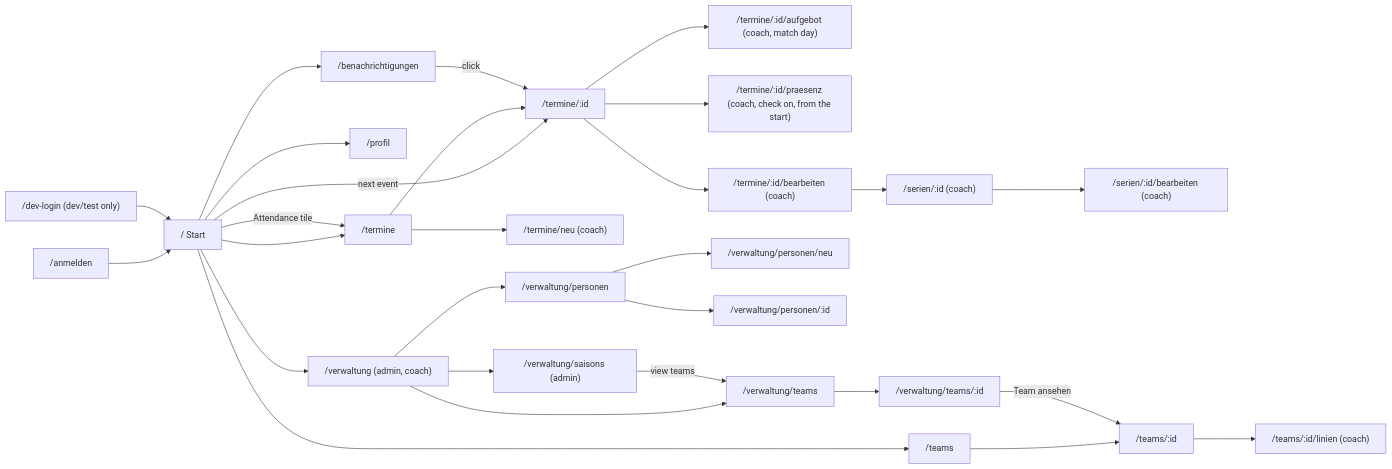
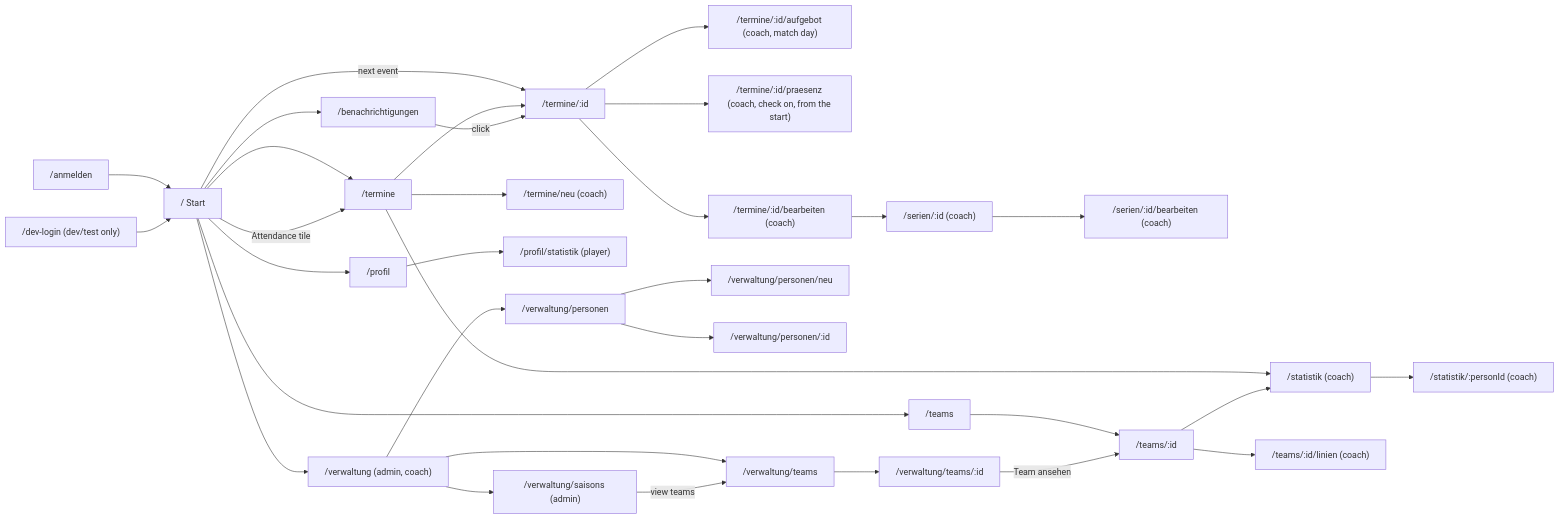
Before and after one commit to cyrilleulmi/StvBeroPlatform: the diagram in docs/ui/navigation.md, drawn with Mermaid. The commit also changed other lines of this file and 41 other files, not shown here.

````diff
--- a/docs/ui/navigation.md
+++ b/docs/ui/navigation.md
@@ -16,30 +16,34 @@
 ```mermaid
 flowchart LR
     Login["/anmelden"] --> Start["/ Start"]
     DevLogin["/dev-login (dev/test only)"] --> Start
     Start --> Events["/termine"]
     Start -->|Attendance tile| Events
     Start -->|next event| Detail
     Events --> Detail["/termine/:id"]
     Detail --> CallUp["/termine/:id/aufgebot (coach, match day)"]
     Detail --> AttendanceCheck["/termine/:id/praesenz (coach, check on, from the start)"]
     Detail --> EditEvent["/termine/:id/bearbeiten (coach)"]
+    Events --> Statistics["/statistik (coach)"]
+    Statistics --> PersonStatistics["/statistik/:personId (coach)"]
     Events --> NewEvent["/termine/neu (coach)"]
     EditEvent --> Series["/serien/:id (coach)"]
     Series --> EditSeries["/serien/:id/bearbeiten (coach)"]
     Start --> Teams["/teams"]
     Teams --> Team["/teams/:id"]
     Team --> Lines["/teams/:id/linien (coach)"]
+    Team --> Statistics
     Start --> Profile["/profil"]
+    Profile --> MyStatistics["/profil/statistik (player)"]
     Start --> Notifications["/benachrichtigungen"]
     Notifications -->|click| Detail
     Start --> Admin["/verwaltung (admin, coach)"]
     Admin --> People["/verwaltung/personen"]
     People --> NewPerson["/verwaltung/personen/neu"]
     People --> PersonDetail["/verwaltung/personen/:id"]
     Admin --> ATeams["/verwaltung/teams"]
     ATeams --> ATeam["/verwaltung/teams/:id"]
     ATeam -->|Team ansehen| Team
     Admin --> Seasons["/verwaltung/saisons (admin)"]
     Seasons -->|view teams| ATeams
 ```
````
